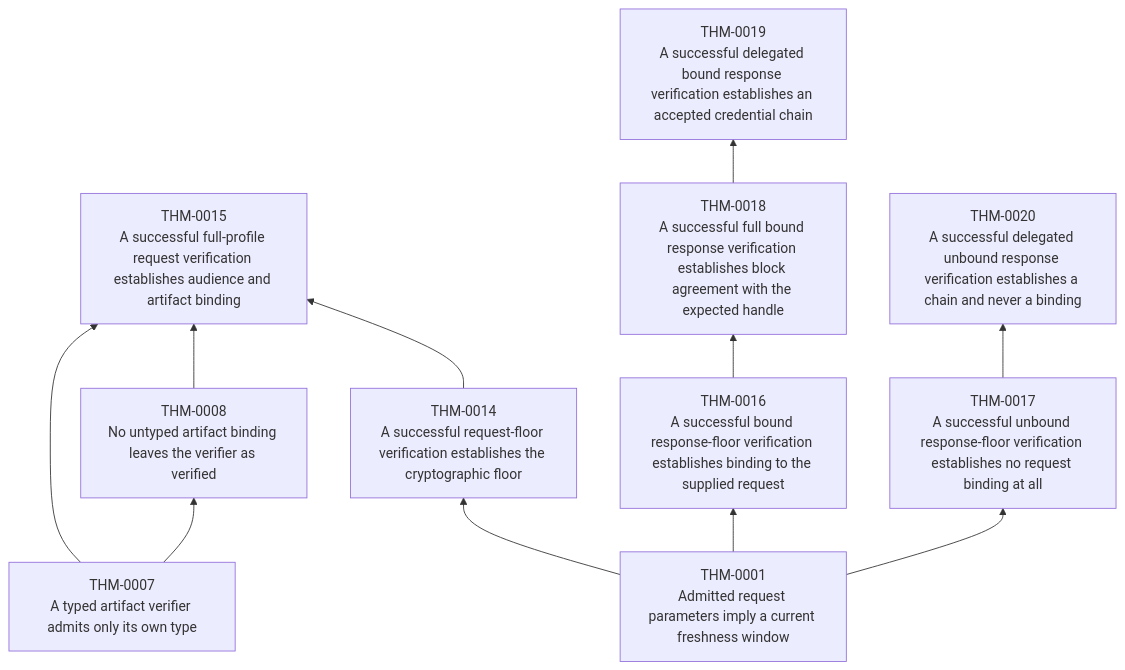
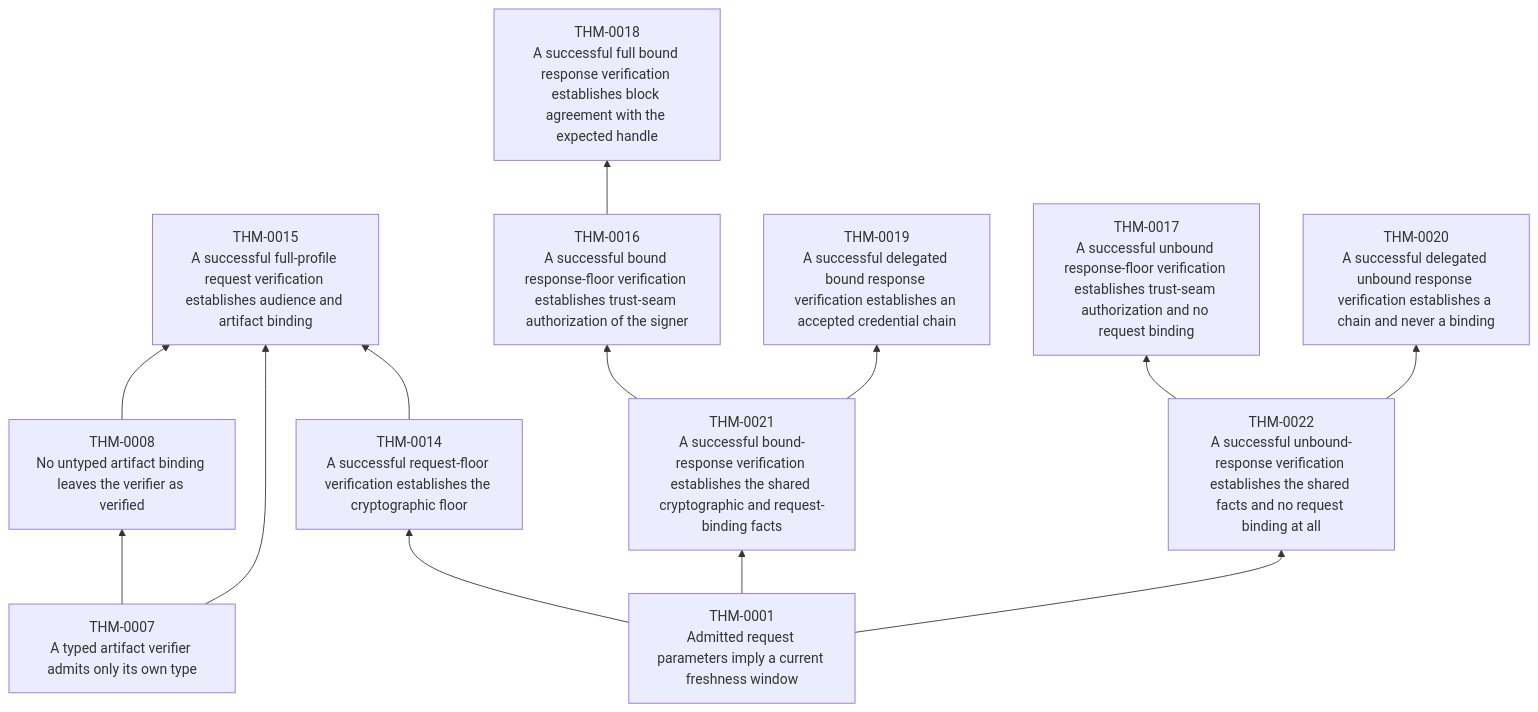
One commit to matssun/mcp-re changed the first of 9 diagrams in verification/generated/theorem-dependencies.md. Above: the diagram before and after it, drawn with Mermaid. The commit also changed 37 other files, not shown here.

First line of the commit message:
fix(verification): the delegated products stop claiming trust-seam authorization

````diff
--- a/verification/generated/theorem-dependencies.md
+++ b/verification/generated/theorem-dependencies.md
@@ -18,23 +18,27 @@
 ```mermaid
 graph BT
     THM_0001["THM-0001<br/>Admitted request parameters imply a current freshness window"]
     THM_0007["THM-0007<br/>A typed artifact verifier admits only its own type"]
     THM_0008["THM-0008<br/>No untyped artifact binding leaves the verifier as verified"]
     THM_0014["THM-0014<br/>A successful request-floor verification establishes the cryptographic floor"]
     THM_0015["THM-0015<br/>A successful full-profile request verification establishes audience and artifact binding"]
-    THM_0016["THM-0016<br/>A successful bound response-floor verification establishes binding to the supplied request"]
-    THM_0017["THM-0017<br/>A successful unbound response-floor verification establishes no request binding at all"]
+    THM_0016["THM-0016<br/>A successful bound response-floor verification establishes trust-seam authorization of the signer"]
+    THM_0017["THM-0017<br/>A successful unbound response-floor verification establishes trust-seam authorization and no request binding"]
     THM_0018["THM-0018<br/>A successful full bound response verification establishes block agreement with the expected handle"]
     THM_0019["THM-0019<br/>A successful delegated bound response verification establishes an accepted credential chain"]
     THM_0020["THM-0020<br/>A successful delegated unbound response verification establishes a chain and never a binding"]
+    THM_0021["THM-0021<br/>A successful bound-response verification establishes the shared cryptographic and request-binding facts"]
+    THM_0022["THM-0022<br/>A successful unbound-response verification establishes the shared facts and no request binding at all"]
     THM_0007 --> THM_0008
     THM_0001 --> THM_0014
     THM_0007 --> THM_0015
     THM_0008 --> THM_0015
     THM_0014 --> THM_0015
-    THM_0001 --> THM_0016
-    THM_0001 --> THM_0017
+    THM_0021 --> THM_0016
+    THM_0022 --> THM_0017
     THM_0016 --> THM_0018
-    THM_0018 --> THM_0019
-    THM_0017 --> THM_0020
+    THM_0021 --> THM_0019
+    THM_0022 --> THM_0020
+    THM_0001 --> THM_0021
+    THM_0001 --> THM_0022
 ```
````
